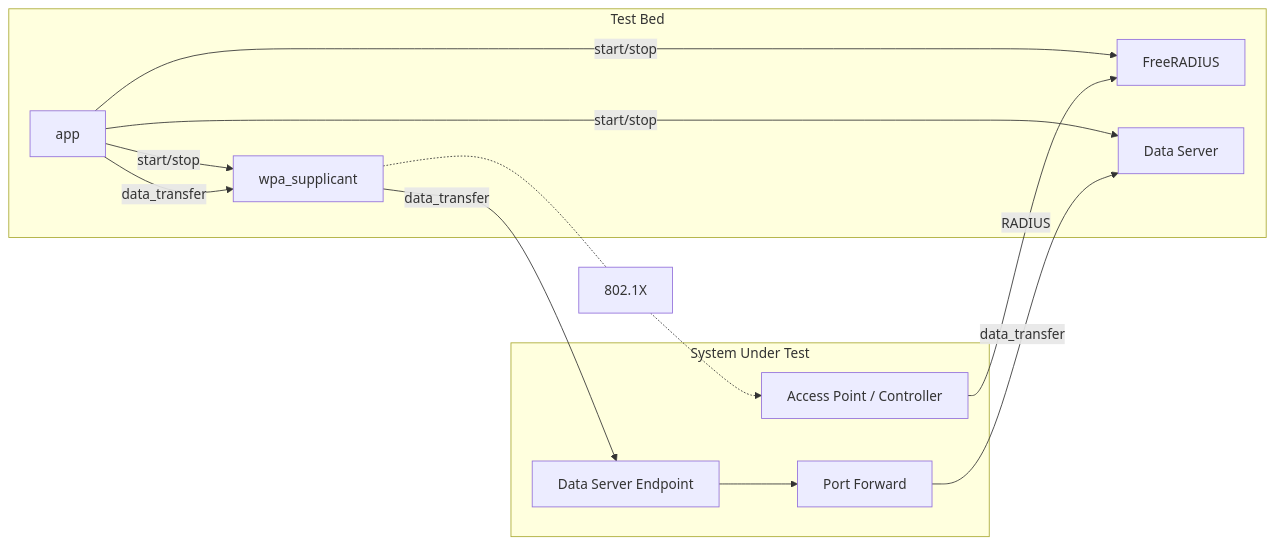
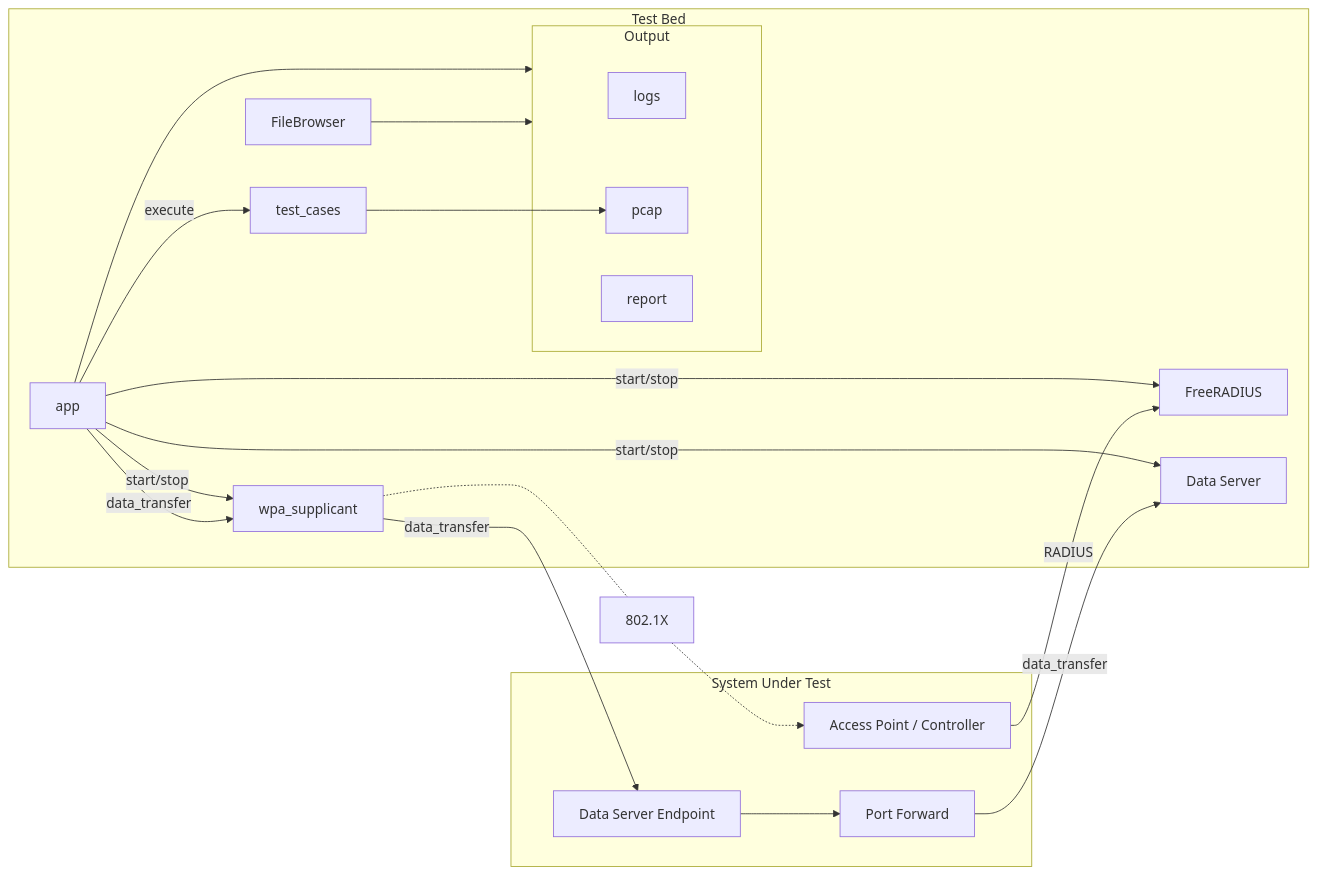
The diagram in README.md (wireless-broadband-alliance/radius-accounting-testbed), drawn with Mermaid before and after one commit.

Commit message:
more changes

````diff
--- a/README.md
+++ b/README.md
@@ -105,20 +105,29 @@
 ```mermaid
 flowchart LR
+    subgraph output [Output]
+        logs
+        pcap
+        report
+    end
     subgraph testbed [Test Bed]
-    app[app]--start/stop-->wpa_supplicant
-    app--data_transfer-->wpa_supplicant
-    app--start/stop-->FreeRADIUS
-    app--start/stop-->DataServer[Data Server]
+        app[app]--start/stop-->wpa_supplicant
+        app-->output
+        app--data_transfer-->wpa_supplicant
+        app--start/stop-->FreeRADIUS
+        app--start/stop-->DataServer[Data Server]
+        app--execute-->test_cases
+        test_cases-->pcap
+        filebrowser[FileBrowser] --> output
     end
     subgraph sut [System Under Test]
     ap[Access Point / Controller]
     dse[Data Server Endpoint]
     dsepf[Port Forward]
     dse --> dsepf
     end
     wpa_supplicant-.-802.1X-.->ap
     wpa_supplicant--data_transfer-->dse
     dsepf--data_transfer-->DataServer
     ap--RADIUS-->FreeRADIUS
 
 ```
````
